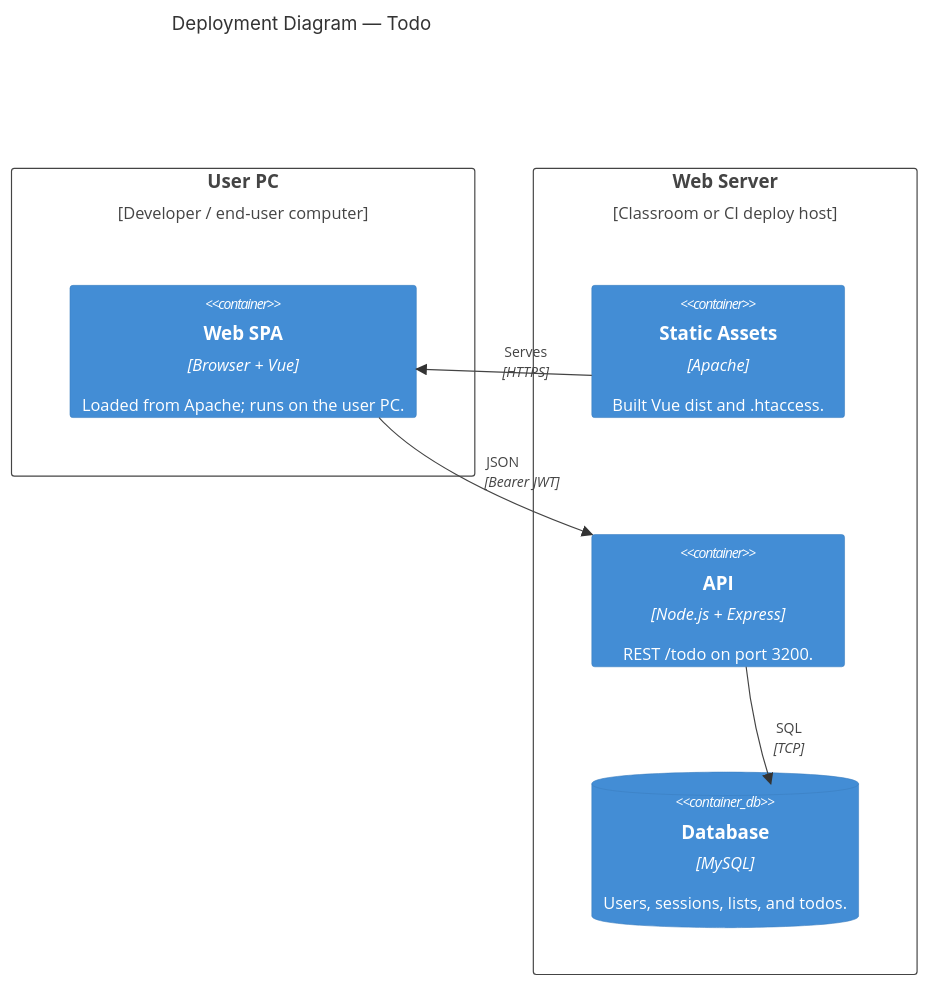
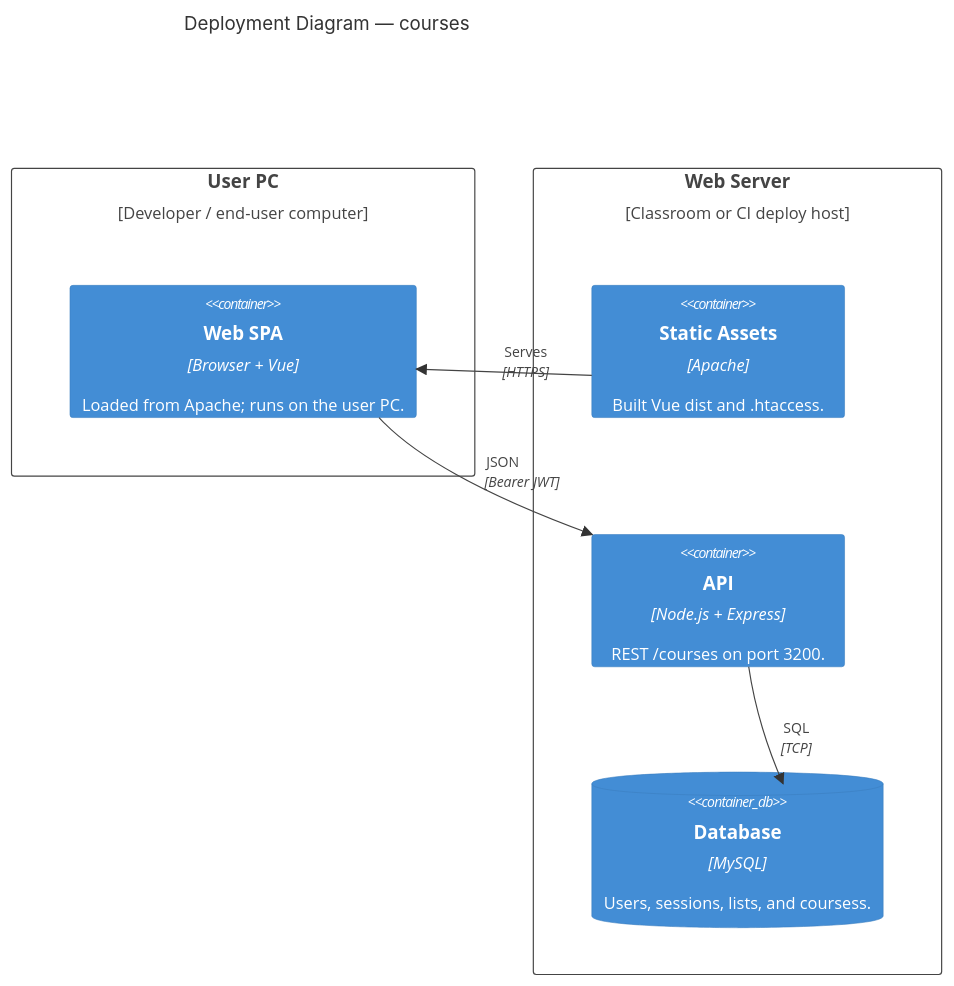
The diagram in docs/arch_diagrams/c4-deployment.md (GageTarter/Courses-Speckit), drawn with Mermaid before and after one commit. The commit also changed 66 other files, not shown here.

````diff
--- a/docs/arch_diagrams/c4-deployment.md
+++ b/docs/arch_diagrams/c4-deployment.md
@@ -5,23 +5,23 @@
 ```mermaid
 C4Deployment
-title Deployment Diagram — Todo
+title Deployment Diagram — courses
 
 Deployment_Node(userPc, "User PC", "Developer / end-user computer") {
   Container(spa, "Web SPA", "Browser + Vue", "Loaded from Apache; runs on the user PC.")
 }
 
 Deployment_Node(webServer, "Web Server", "Classroom or CI deploy host") {
   Container(staticAssets, "Static Assets", "Apache", "Built Vue dist and .htaccess.")
-  Container(api, "API", "Node.js + Express", "REST /todo on port 3200.")
-  ContainerDb(db, "Database", "MySQL", "Users, sessions, lists, and todos.")
+  Container(api, "API", "Node.js + Express", "REST /courses on port 3200.")
+  ContainerDb(db, "Database", "MySQL", "Users, sessions, lists, and coursess.")
 }
 
 Rel(staticAssets, spa, "Serves", "HTTPS")
 Rel(spa, api, "JSON", "Bearer JWT")
 Rel(api, db, "SQL", "TCP")
 
 UpdateLayoutConfig($c4ShapeInRow="3", $c4BoundaryInRow="2")
 UpdateRelStyle(staticAssets, spa, $offsetY="-20")
 UpdateRelStyle(spa, api, $offsetY="-15")
 UpdateRelStyle(api, db, $offsetX="15")
 ```
````
